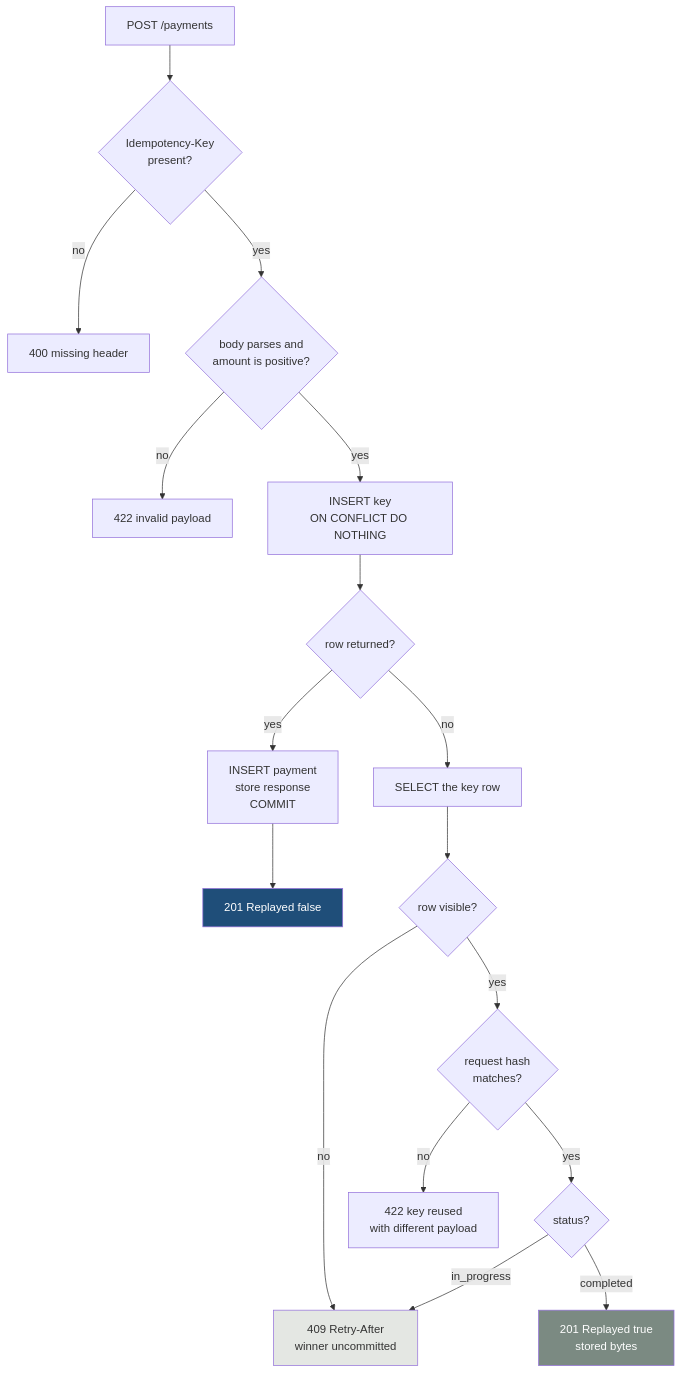
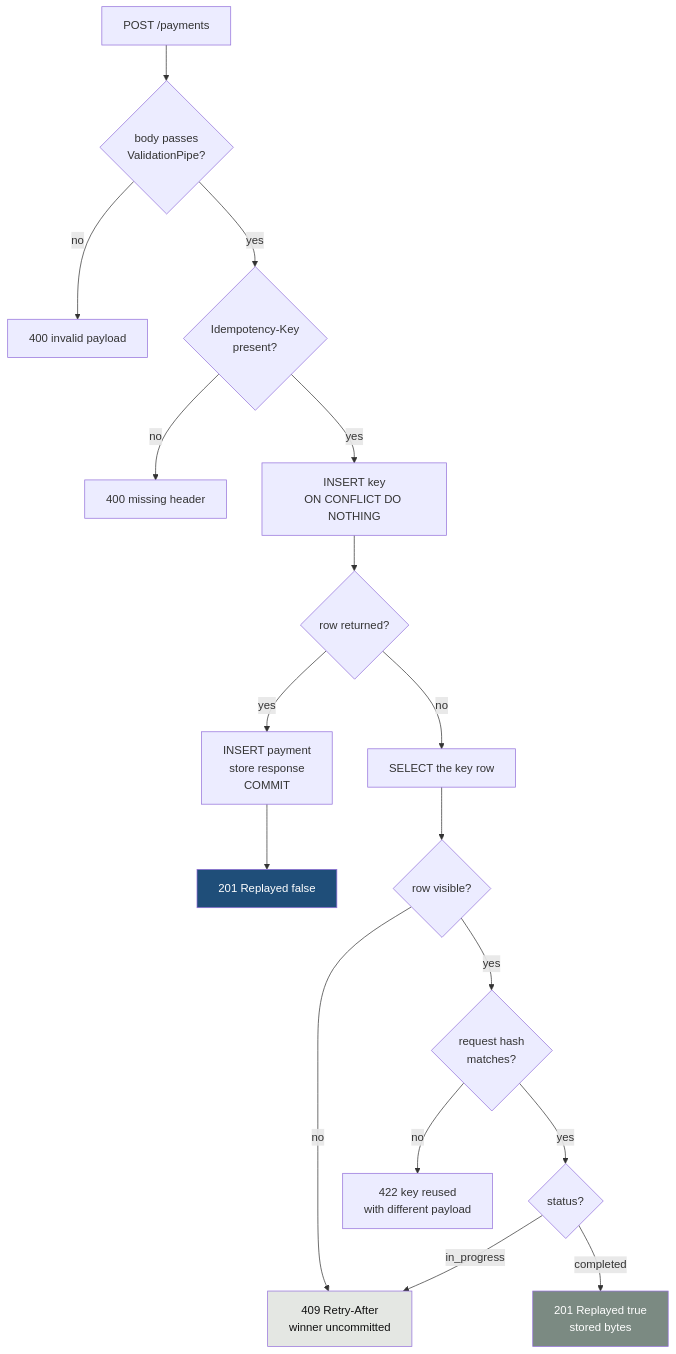
The seventh of 12 diagrams in docs/DIAGRAMS.md (Ridzzz0Alam/idempotent-payment), drawn with Mermaid before and after one commit. The commit also changed other lines of this file and 1 other file, not shown here.

````diff
--- a/docs/DIAGRAMS.md
+++ b/docs/DIAGRAMS.md
@@ -179,25 +224,25 @@
 ```mermaid
 flowchart TD
-    START["POST /payments"] --> HDR{"Idempotency-Key<br/>present?"}
-    HDR -->|no| E400["400 missing header"]
-    HDR -->|yes| VALID{"body parses and<br/>amount is positive?"}
-    VALID -->|no| E422A["422 invalid payload"]
-    VALID -->|yes| CLAIM["INSERT key<br/>ON CONFLICT DO NOTHING"]
+    START["POST /payments"] --> VALID{"body passes<br/>ValidationPipe?"}
+    VALID -->|no| E400A["400 invalid payload"]
+    VALID -->|yes| HDR{"Idempotency-Key<br/>present?"}
+    HDR -->|no| E400B["400 missing header"]
+    HDR -->|yes| CLAIM["INSERT key<br/>ON CONFLICT DO NOTHING"]
 
     CLAIM --> WON{"row returned?"}
     WON -->|yes| WRITE["INSERT payment<br/>store response<br/>COMMIT"]
     WRITE --> R201["201 Replayed false"]
 
     WON -->|no| READ["SELECT the key row"]
     READ --> VIS{"row visible?"}
     VIS -->|no| C409["409 Retry-After<br/>winner uncommitted"]
     VIS -->|yes| HASH{"request hash<br/>matches?"}
-    HASH -->|no| E422B["422 key reused<br/>with different payload"]
+    HASH -->|no| E422["422 key reused<br/>with different payload"]
     HASH -->|yes| ST{"status?"}
     ST -->|in_progress| C409
     ST -->|completed| R200["201 Replayed true<br/>stored bytes"]
 
     style R201 fill:#1f4e79,color:#ffffff
     style R200 fill:#7b8a82,color:#ffffff
-    style C409 fill:#e4e7e3
+    style C409 fill:#e4e7e3,color:#111111
 ```
````
